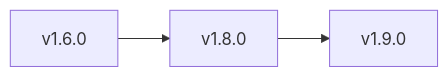
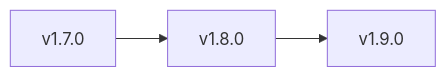
The diagram in docs/en/35-public-roadmap.md (juanklagos/spec-driven-development-template), drawn with Mermaid before and after one commit. The commit also changed other lines of this file and 46 other files, not shown here.

````diff
--- a/docs/en/35-public-roadmap.md
+++ b/docs/en/35-public-roadmap.md
@@ -9,5 +9,5 @@
 ```mermaid
 flowchart LR
-  A["v1.6.0"] --> B["v1.8.0"]
+  A["v1.7.0"] --> B["v1.8.0"]
   B --> C["v1.9.0"]
 ```
````
